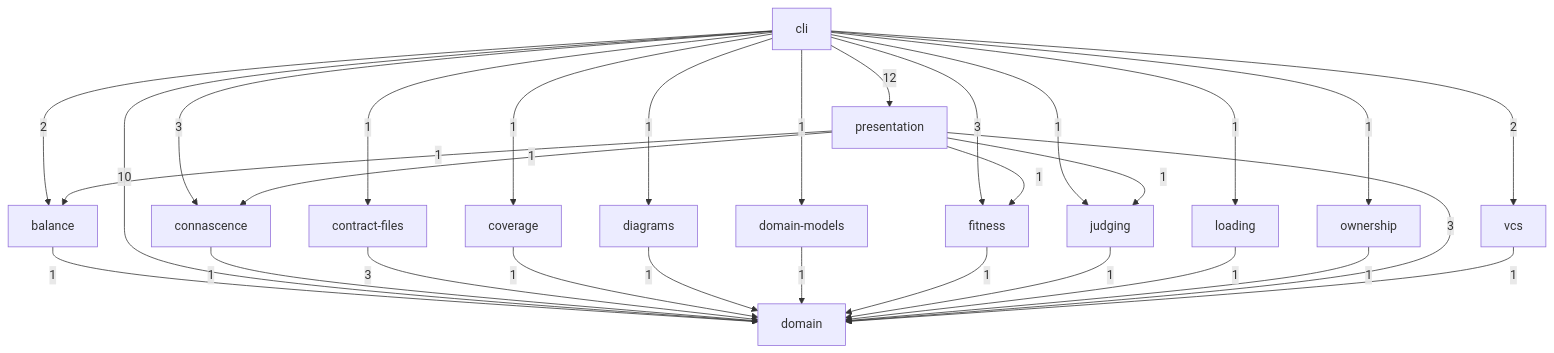
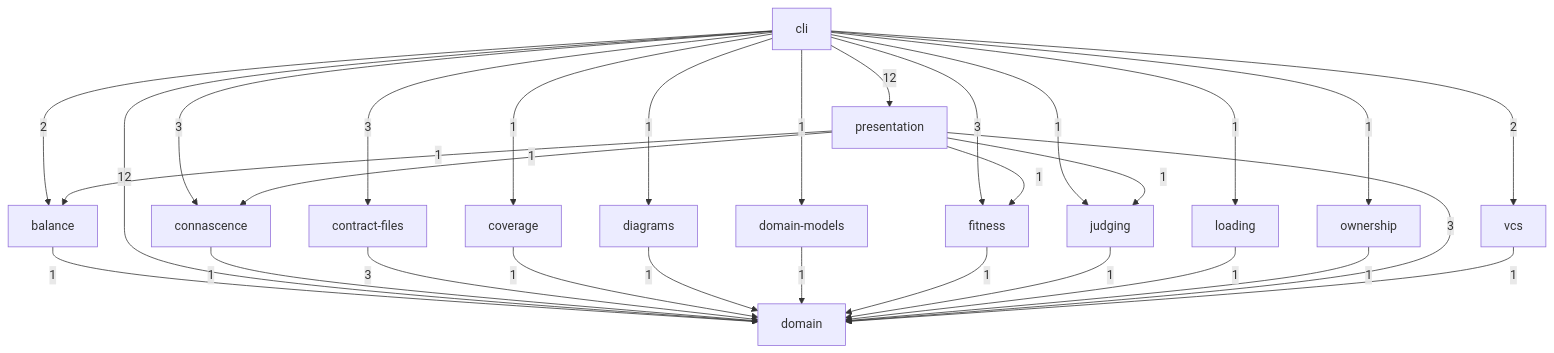
The diagram in anarch.md (StevenACoffman/anarch-lint), drawn with Mermaid before and after one commit. The commit also changed other lines of this file and 98 other files, not shown here.

````diff
--- a/anarch.md
+++ b/anarch.md
@@ -36,46 +36,46 @@
 ```mermaid
 flowchart TD
   s0["cli"]
   s1["presentation"]
   s2["loading"]
   s3["vcs"]
   s4["diagrams"]
   s5["contract-files"]
   s6["domain-models"]
   s7["ownership"]
   s8["coverage"]
   s9["fitness"]
   s10["balance"]
   s11["connascence"]
   s12["judging"]
   s13["domain"]
   s10 -->|1| s13
   s0 -->|2| s10
   s0 -->|3| s11
-  s0 -->|1| s5
+  s0 -->|3| s5
   s0 -->|1| s8
   s0 -->|1| s4
-  s0 -->|10| s13
+  s0 -->|12| s13
   s0 -->|1| s6
   s0 -->|3| s9
   s0 -->|1| s12
   s0 -->|1| s2
   s0 -->|1| s7
   s0 -->|12| s1
   s0 -->|2| s3
   s11 -->|1| s13
   s5 -->|3| s13
   s8 -->|1| s13
   s4 -->|1| s13
   s6 -->|1| s13
   s9 -->|1| s13
   s12 -->|1| s13
   s2 -->|1| s13
   s7 -->|1| s13
   s1 -->|1| s10
   s1 -->|1| s11
   s1 -->|3| s13
   s1 -->|1| s9
   s1 -->|1| s12
   s3 -->|1| s13
 ```
````
